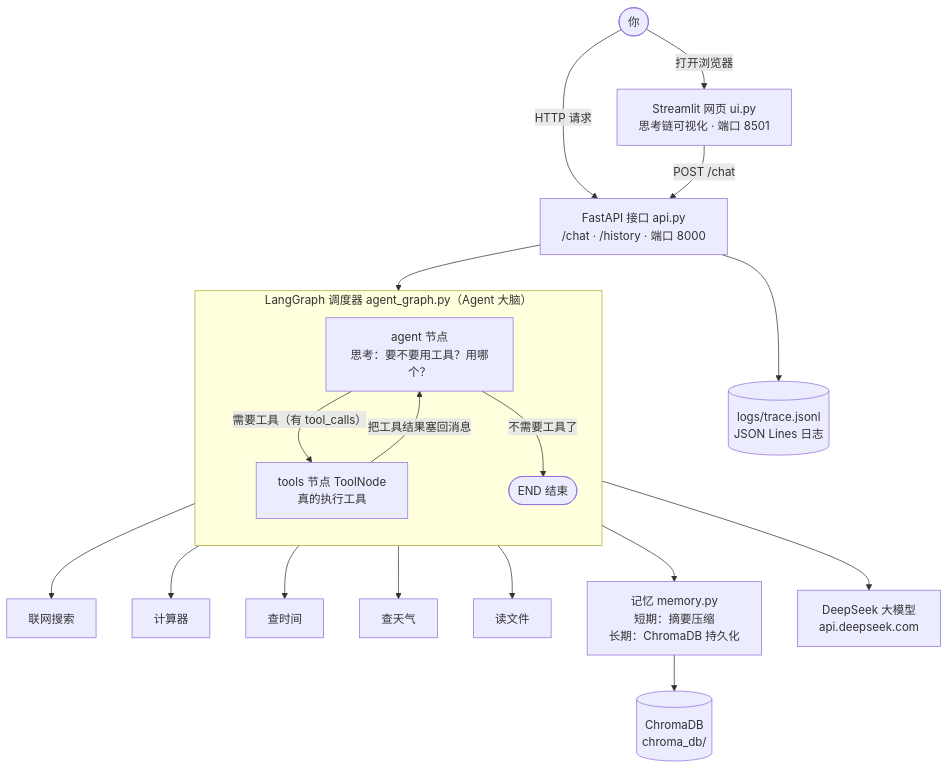
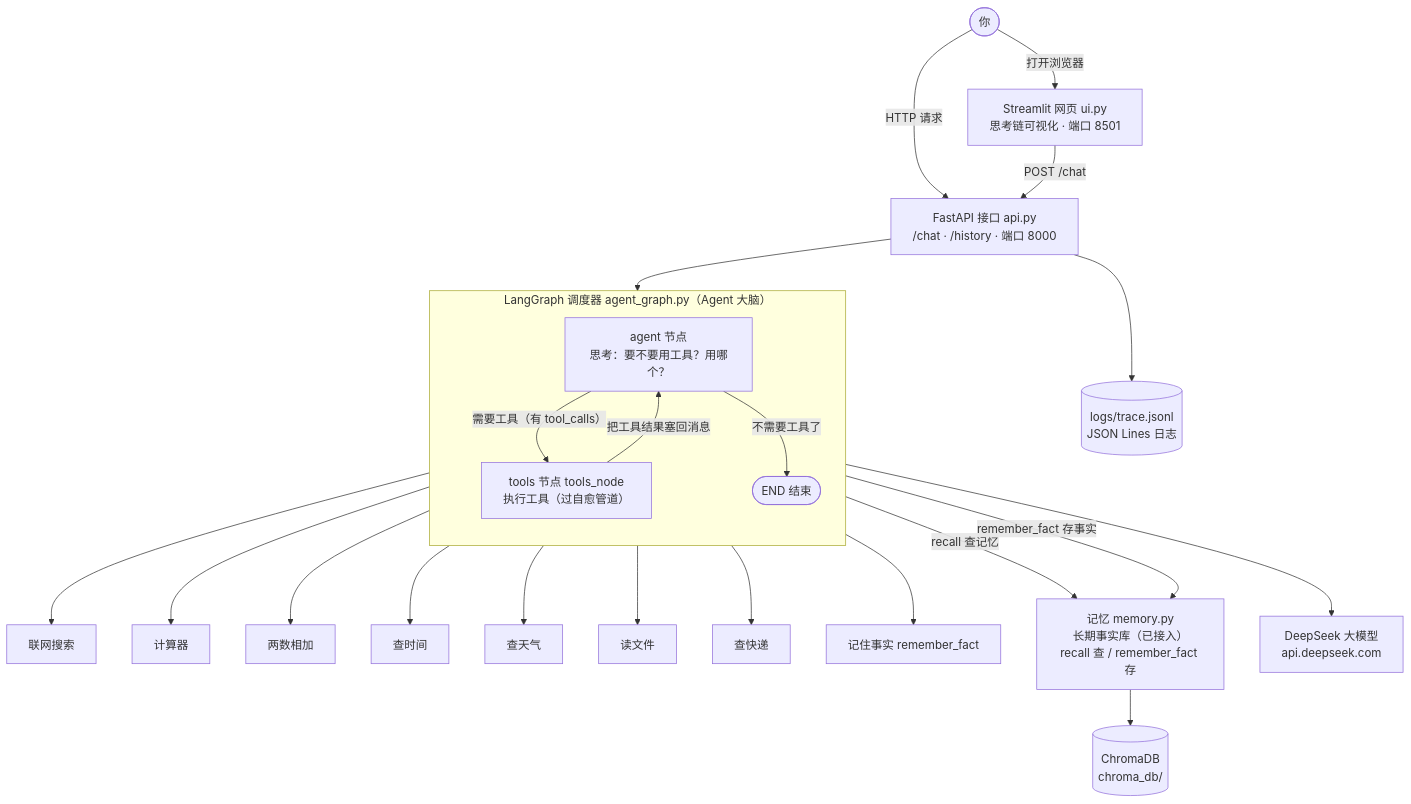
Before and after one commit to yunhua-xu/agent-system: the diagram in README.md, drawn with Mermaid. The commit also changed other lines of this file and 12 other files, not shown here.

````diff
--- a/README.md
+++ b/README.md
@@ -28,27 +28,31 @@
 ```mermaid
 flowchart TB
     User([你]) -->|打开浏览器| UI["Streamlit 网页 ui.py<br/>思考链可视化 · 端口 8501"]
     User -->|HTTP 请求| API["FastAPI 接口 api.py<br/>/chat · /history · 端口 8000"]
     UI -->|POST /chat| API
     API --> Graph
 
     subgraph Graph["LangGraph 调度器 agent_graph.py（Agent 大脑）"]
         direction TB
         Agent["agent 节点<br/>思考：要不要用工具？用哪个？"]
-        Tools["tools 节点 ToolNode<br/>真的执行工具"]
+        Tools["tools 节点 tools_node<br/>执行工具（过自愈管道）"]
         Agent -->|"需要工具（有 tool_calls）"| Tools
         Tools -->|把工具结果塞回消息| Agent
         Agent -->|"不需要工具了"| End(["END 结束"])
     end
 
     Tools --> T1["联网搜索"]
     Tools --> T2["计算器"]
-    Tools --> T3["查时间"]
-    Tools --> T4["查天气"]
-    Tools --> T5["读文件"]
+    Tools --> T3["两数相加"]
+    Tools --> T4["查时间"]
+    Tools --> T5["查天气"]
+    Tools --> T6["读文件"]
+    Tools --> T7["查快递"]
+    Tools --> T8["记住事实 remember_fact"]
 
-    Graph --> Memory["记忆 memory.py<br/>短期：摘要压缩<br/>长期：ChromaDB 持久化"]
+    Agent -->|"recall 查记忆"| Memory["记忆 memory.py<br/>长期事实库（已接入）<br/>recall 查 / remember_fact 存"]
+    Tools -->|"remember_fact 存事实"| Memory
     Memory --> DB[("ChromaDB<br/>chroma_db/")]
     API --> Log[("logs/trace.jsonl<br/>JSON Lines 日志")]
     Graph --> LLM["DeepSeek 大模型<br/>api.deepseek.com"]
 ```
````
